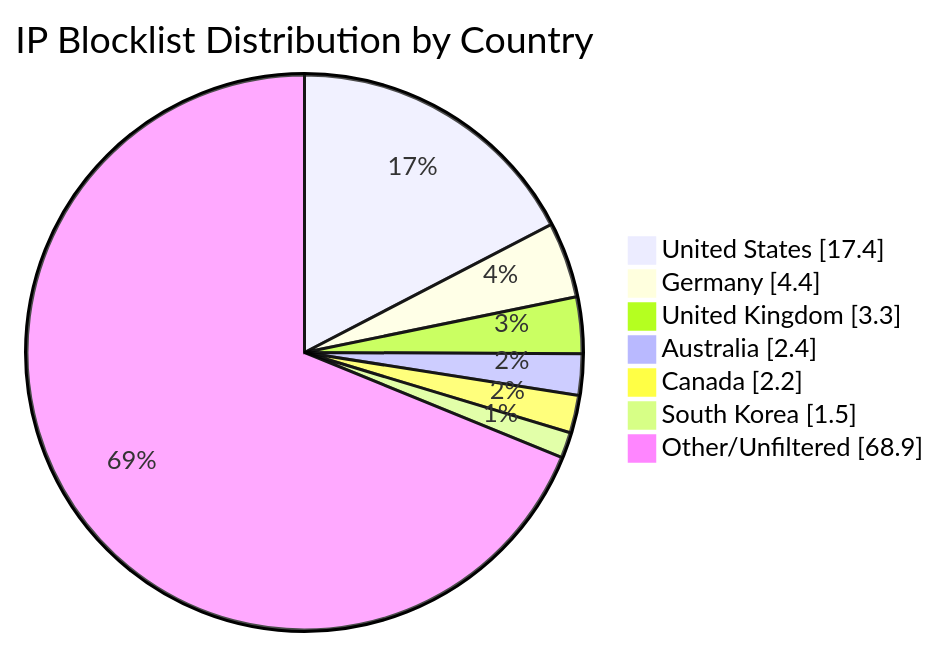
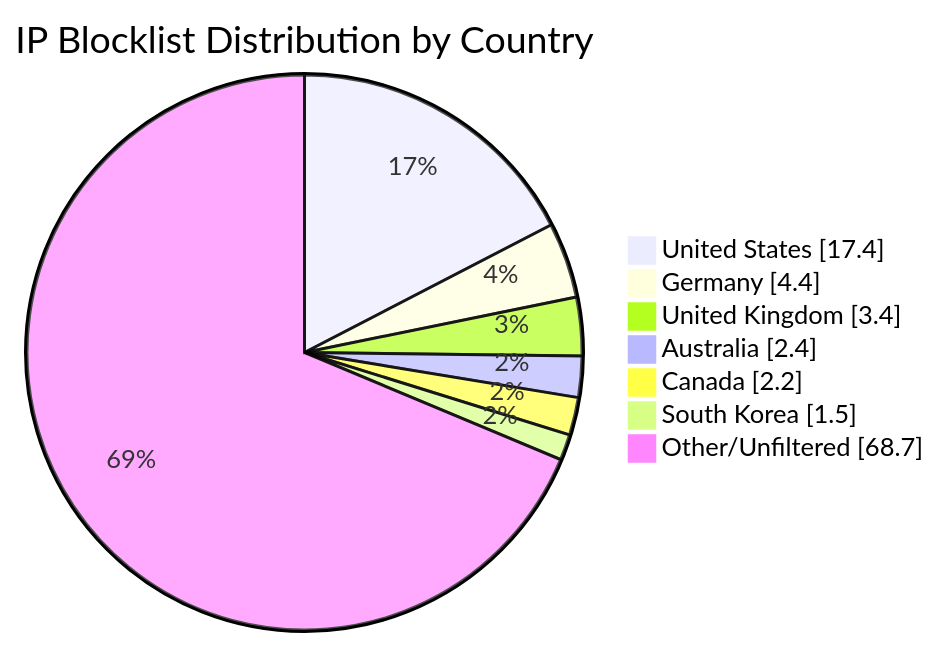
Before and after one commit to MarcusHoltz/ipblocklist-geofiltered-aggregator: the diagram in README.md, drawn with Mermaid. The commit also changed other lines of this file and 9 other files, not shown here.

````diff
--- a/README.md
+++ b/README.md
@@ -34,10 +34,10 @@
 ```mermaid
 pie showData title IP Blocklist Distribution by Country
 "United States" : 17.4
 "Germany" : 4.4
-"United Kingdom" : 3.3
+"United Kingdom" : 3.4
 "Australia" : 2.4
 "Canada" : 2.2
 "South Korea" : 1.5
-"Other/Unfiltered" : 68.9
+"Other/Unfiltered" : 68.7
 ```
````
